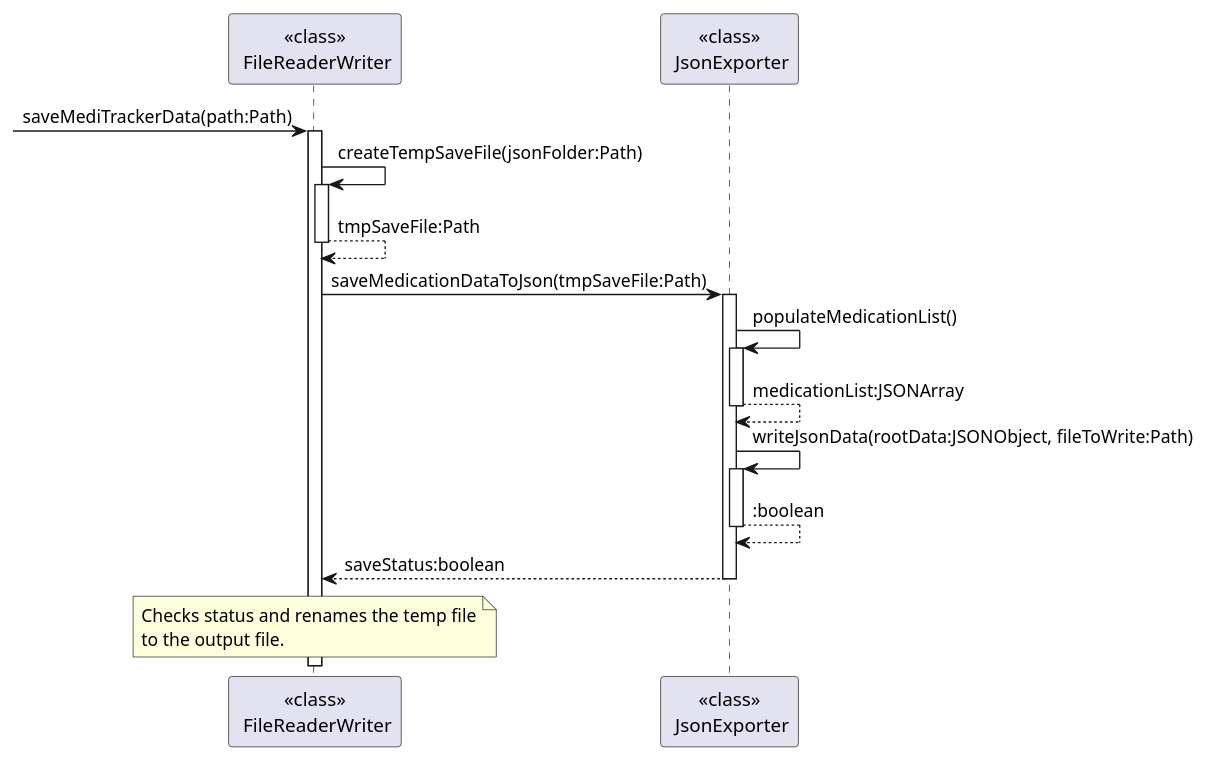
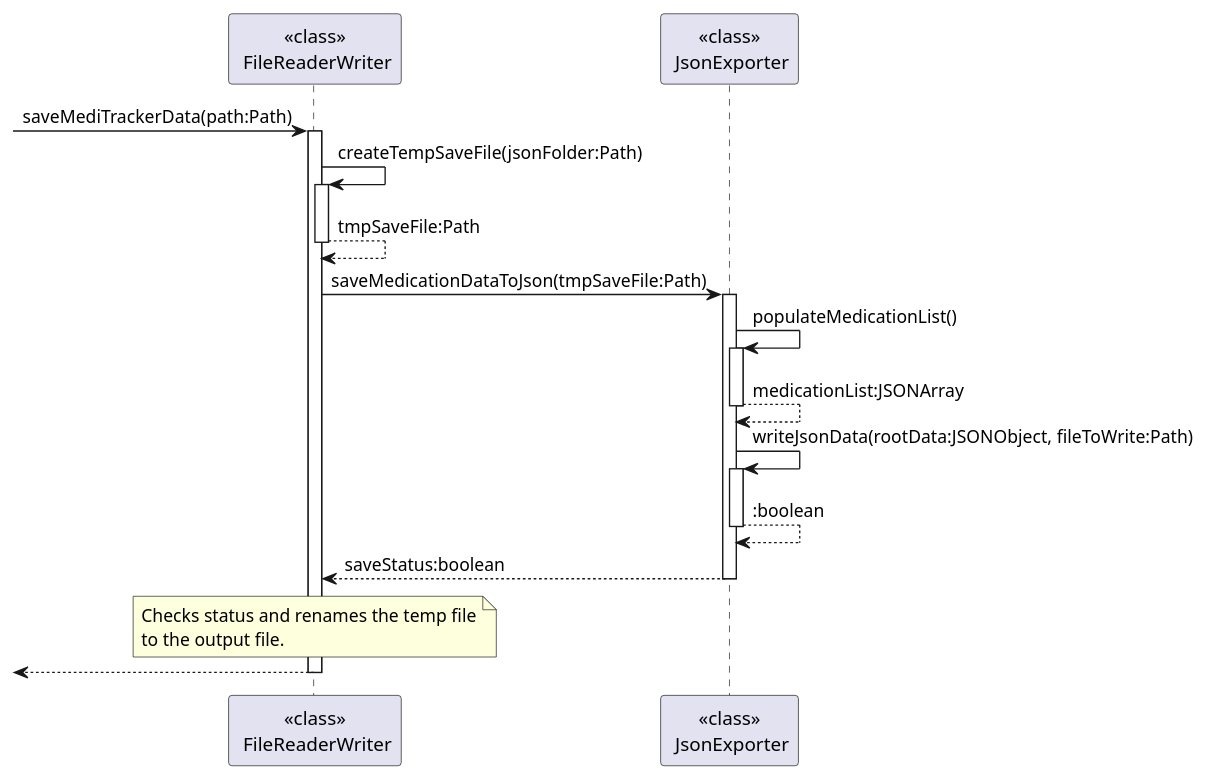
The diagram in docs/diagrams/JsonFileExport.puml (e0958902/tp), drawn with PlantUML before and after one commit. The commit also changed 1 other file, not shown here.

Commit message:
docs: Fix PlantUML line not closed

```diff
--- a/docs/diagrams/JsonFileExport.puml
+++ b/docs/diagrams/JsonFileExport.puml
@@ -1,32 +1,35 @@
 @startuml
 
 participant "<<class>>\n FileReaderWriter" as FRW
 participant "<<class>>\n JsonExporter" as JE
 
 -> FRW: saveMediTrackerData(path:Path)
 activate FRW
 
 FRW -> FRW: createTempSaveFile(jsonFolder:Path)
 activate FRW
 FRW --> FRW: tmpSaveFile:Path
 deactivate FRW
 
 FRW -> JE: saveMedicationDataToJson(tmpSaveFile:Path)
 activate JE
 JE -> JE: populateMedicationList()
 activate JE
 JE --> JE: medicationList:JSONArray
 deactivate JE
 JE->JE: writeJsonData(rootData:JSONObject, fileToWrite:Path)
 activate JE
 JE --> JE: :boolean
 deactivate JE
 JE --> FRW: saveStatus:boolean
 
 deactivate JE
 note over FRW
 Checks status and renames the temp file
 to the output file.
 end note
 
+<-- FRW
+deactivate FRW
+
 @enduml
```
